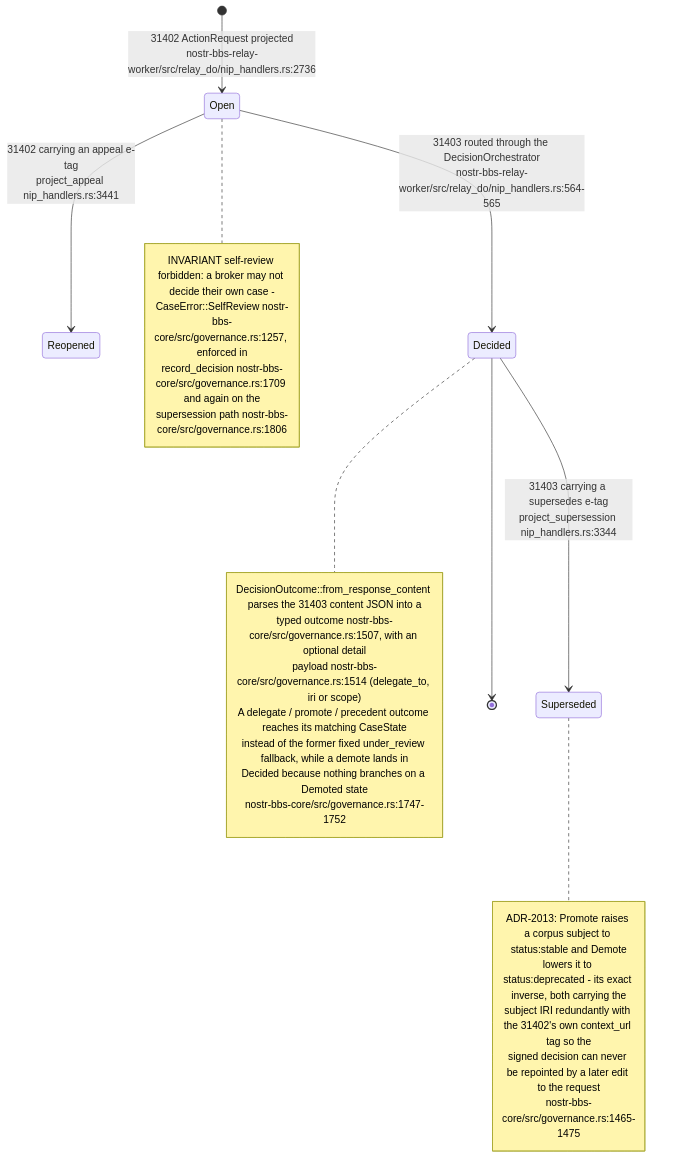
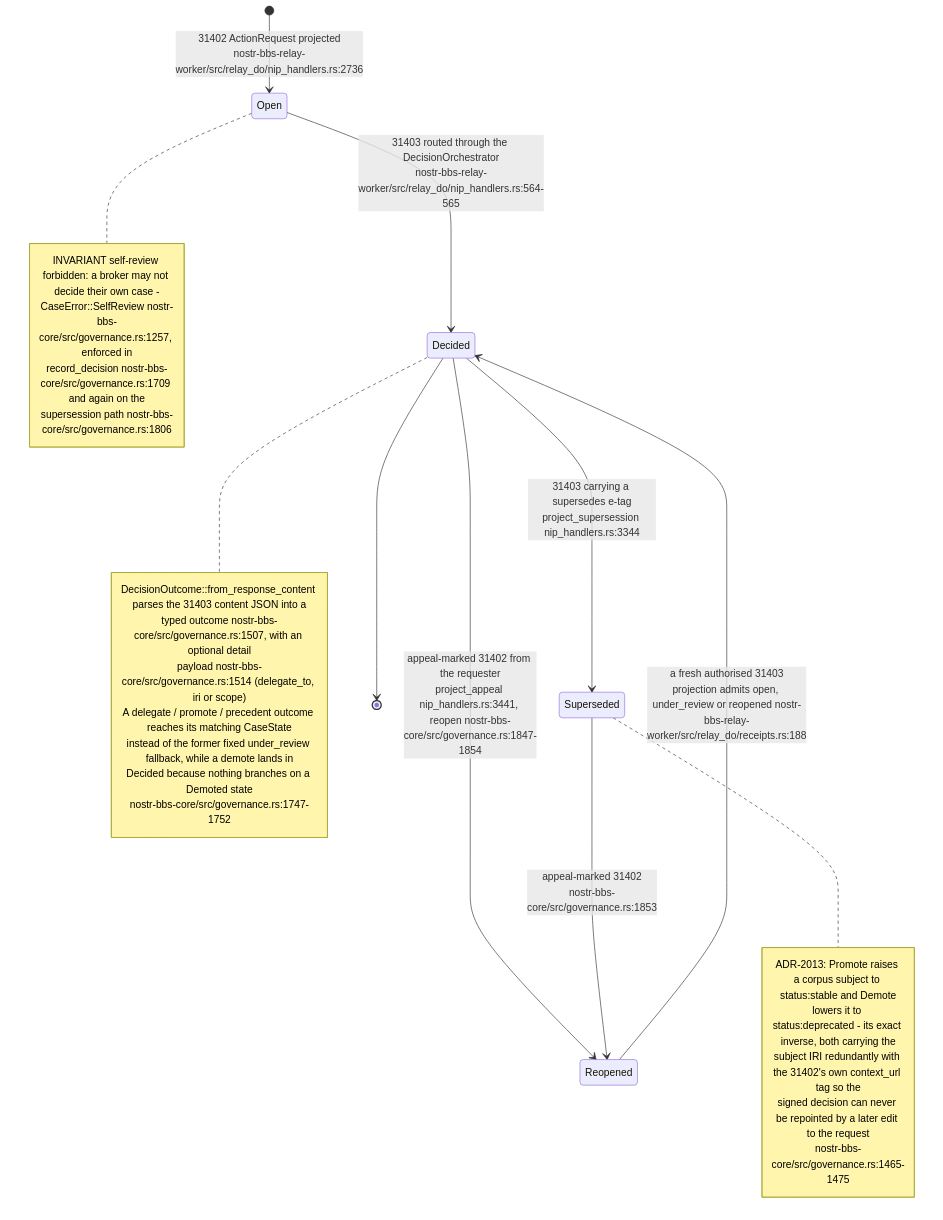
The fifth of 17 diagrams in docs/diagrams/nostr-rust-forum/06-agent-control-surface-31400-31405.md (DreamLab-AI/VisionFlow), drawn with Mermaid before and after one commit. The commit also changed other lines of this file and 91 other files, not shown here.

````diff
--- a/docs/diagrams/nostr-rust-forum/06-agent-control-surface-31400-31405.md
+++ b/docs/diagrams/nostr-rust-forum/06-agent-control-surface-31400-31405.md
@@ -143,31 +143,33 @@
 ```mermaid
 stateDiagram-v2
     [*] --> Open: 31402 ActionRequest projected<br/>nostr-bbs-relay-worker/src/relay_do/nip_handlers.rs:2736
-    Open --> Reopened: 31402 carrying an appeal e-tag<br/>project_appeal nip_handlers.rs:3441
     Open --> Decided: 31403 routed through the DecisionOrchestrator<br/>nostr-bbs-relay-worker/src/relay_do/nip_handlers.rs:564-565
     Decided --> Superseded: 31403 carrying a supersedes e-tag<br/>project_supersession nip_handlers.rs:3344
+    Decided --> Reopened: appeal-marked 31402 from the requester<br/>project_appeal nip_handlers.rs:3441, reopen nostr-bbs-core/src/governance.rs:1847-1854
+    Superseded --> Reopened: appeal-marked 31402<br/>nostr-bbs-core/src/governance.rs:1853
+    Reopened --> Decided: a fresh authorised 31403<br/>projection admits open, under_review or reopened nostr-bbs-relay-worker/src/relay_do/receipts.rs:188
     Decided --> [*]
 
     note right of Decided
         DecisionOutcome::from_response_content parses the 31403 content JSON into a
         typed outcome nostr-bbs-core/src/governance.rs:1507, with an optional detail
         payload nostr-bbs-core/src/governance.rs:1514 (delegate_to, iri or scope)
         A delegate / promote / precedent outcome reaches its matching CaseState
         instead of the former fixed under_review fallback, while a demote lands in
         Decided because nothing branches on a Demoted state
         nostr-bbs-core/src/governance.rs:1747-1752
     end note
     note right of Open
         INVARIANT self-review forbidden: a broker may not decide their own case -
         CaseError::SelfReview nostr-bbs-core/src/governance.rs:1257, enforced in
         record_decision nostr-bbs-core/src/governance.rs:1709 and again on the
         supersession path nostr-bbs-core/src/governance.rs:1806
     end note
     note right of Superseded
         ADR-2013: Promote raises a corpus subject to status:stable and Demote
         lowers it to status:deprecated - its exact inverse, both carrying the
         subject IRI redundantly with the 31402's own context_url tag so the
         signed decision can never be repointed by a later edit to the request
         nostr-bbs-core/src/governance.rs:1465-1475
     end note
 ```
````
